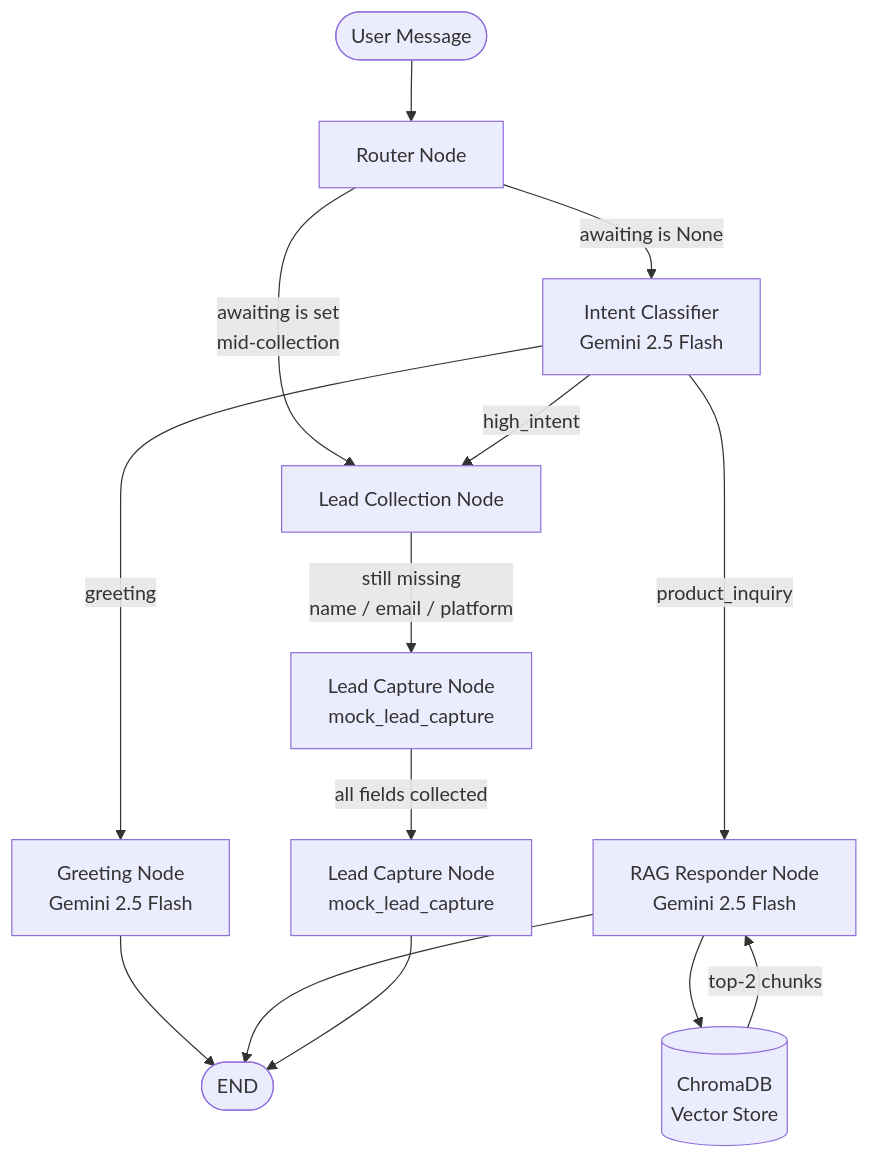
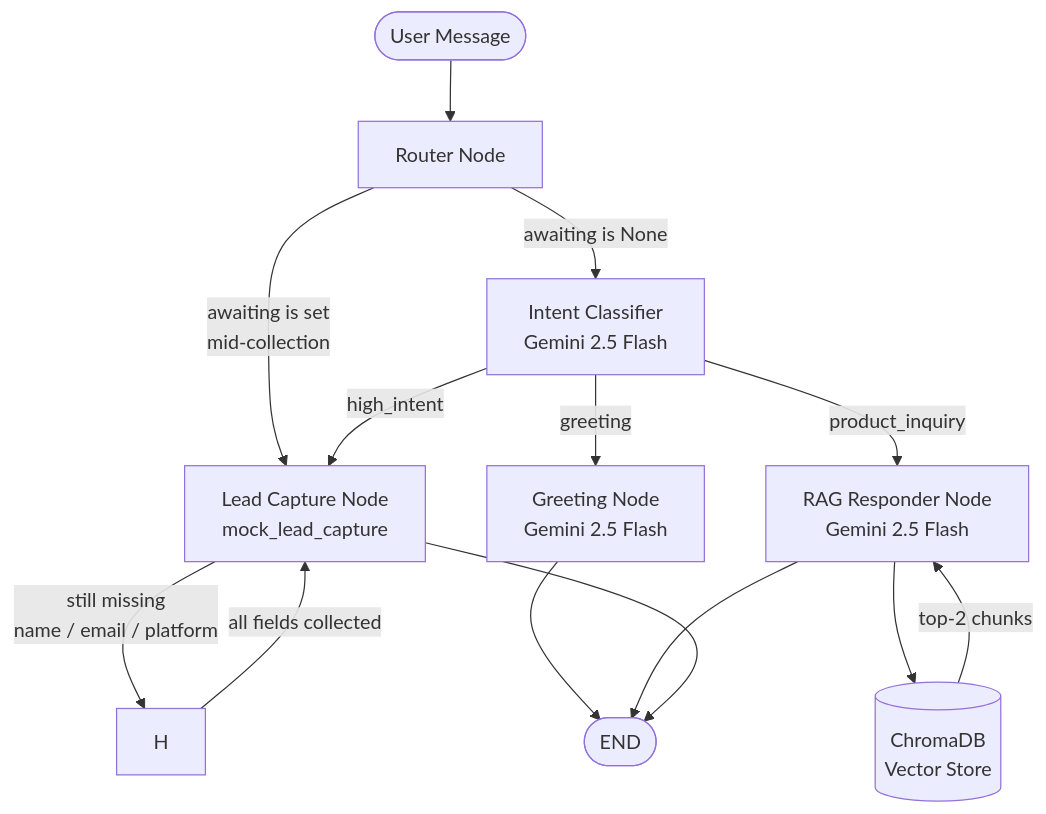
The first of 4 diagrams in README.md (Dibyajyoti-07/Social-To-Lead-Agentic-Workflow), drawn with Mermaid before and after one commit.

Commit message:
readme updated

````diff
--- a/README.md
+++ b/README.md
@@ -80,21 +80,21 @@
 ```mermaid
 flowchart TD
     A([User Message]) --> B[Router Node]
 
     B -->|awaiting is set\nmid-collection| C[Lead Collection Node]
     B -->|awaiting is None| D[Intent Classifier\nGemini 2.5 Flash]
 
     D -->|greeting| E[Greeting Node\nGemini 2.5 Flash]
     D -->|product_inquiry| F[RAG Responder Node\nGemini 2.5 Flash]
     D -->|high_intent| C
 
     F --> G[(ChromaDB\nVector Store)]
     G -->|top-2 chunks| F
 
-    C -->|still missing\nname / email / platform| H[Lead Capture Node\nmock_lead_capture]
-    H -->|all fields collected| I[Lead Capture Node\nmock_lead_capture]
+    C -->|still missing\nname / email / platform| H
+    H -->|all fields collected| C[Lead Capture Node\nmock_lead_capture]
 
     E --> Z([END])
     F --> Z
-    I --> Z
+    C --> Z
 ```
````
